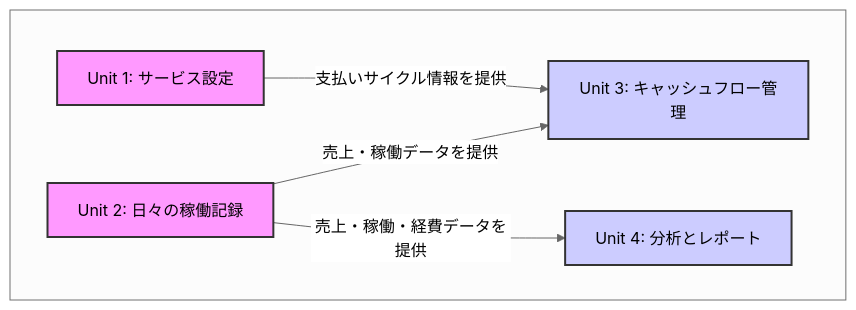
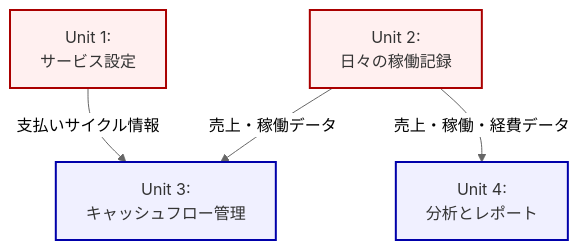
Before and after one commit to na0p0n/DeliMone: the diagram in aidlc-docs/inception/context_map.md, drawn with Mermaid (neutral theme).

Commit message:
fix: Improve visibility of context map diagram

````diff
--- a/aidlc-docs/inception/context_map.md
+++ b/aidlc-docs/inception/context_map.md
@@ -5,18 +5,17 @@
 ```mermaid
 graph TD
-    subgraph " "
-        U1["Unit 1: サービス設定"]
-        U2["Unit 2: 日々の稼働記録"]
-        U3["Unit 3: キャッシュフロー管理"]
-        U4["Unit 4: 分析とレポート"]
-    end
+    U1["Unit 1:<br>サービス設定"]
+    U2["Unit 2:<br>日々の稼働記録"]
+    U3["Unit 3:<br>キャッシュフロー管理"]
+    U4["Unit 4:<br>分析とレポート"]
 
-    U1 -- "支払いサイクル情報を提供" --> U3
-    U2 -- "売上・稼働データを提供" --> U3
-    U2 -- "売上・稼働・経費データを提供" --> U4
+    U1 -- "支払いサイクル情報" --> U3
+    U2 -- "売上・稼働データ" --> U3
+    U2 -- "売上・稼働・経費データ" --> U4
 
-    style U1 fill:#f9f,stroke:#333,stroke-width:2px
-    style U2 fill:#f9f,stroke:#333,stroke-width:2px
-    style U3 fill:#ccf,stroke:#333,stroke-width:2px
-    style U4 fill:#ccf,stroke:#333,stroke-width:2px
+    %% Styling for better visibility
+    style U1 fill:#FFF0F0,stroke:#A00,stroke-width:2px,color:#333
+    style U2 fill:#FFF0F0,stroke:#A00,stroke-width:2px,color:#333
+    style U3 fill:#F0F0FF,stroke:#00A,stroke-width:2px,color:#333
+    style U4 fill:#F0F0FF,stroke:#00A,stroke-width:2px,color:#333
 ```
````
